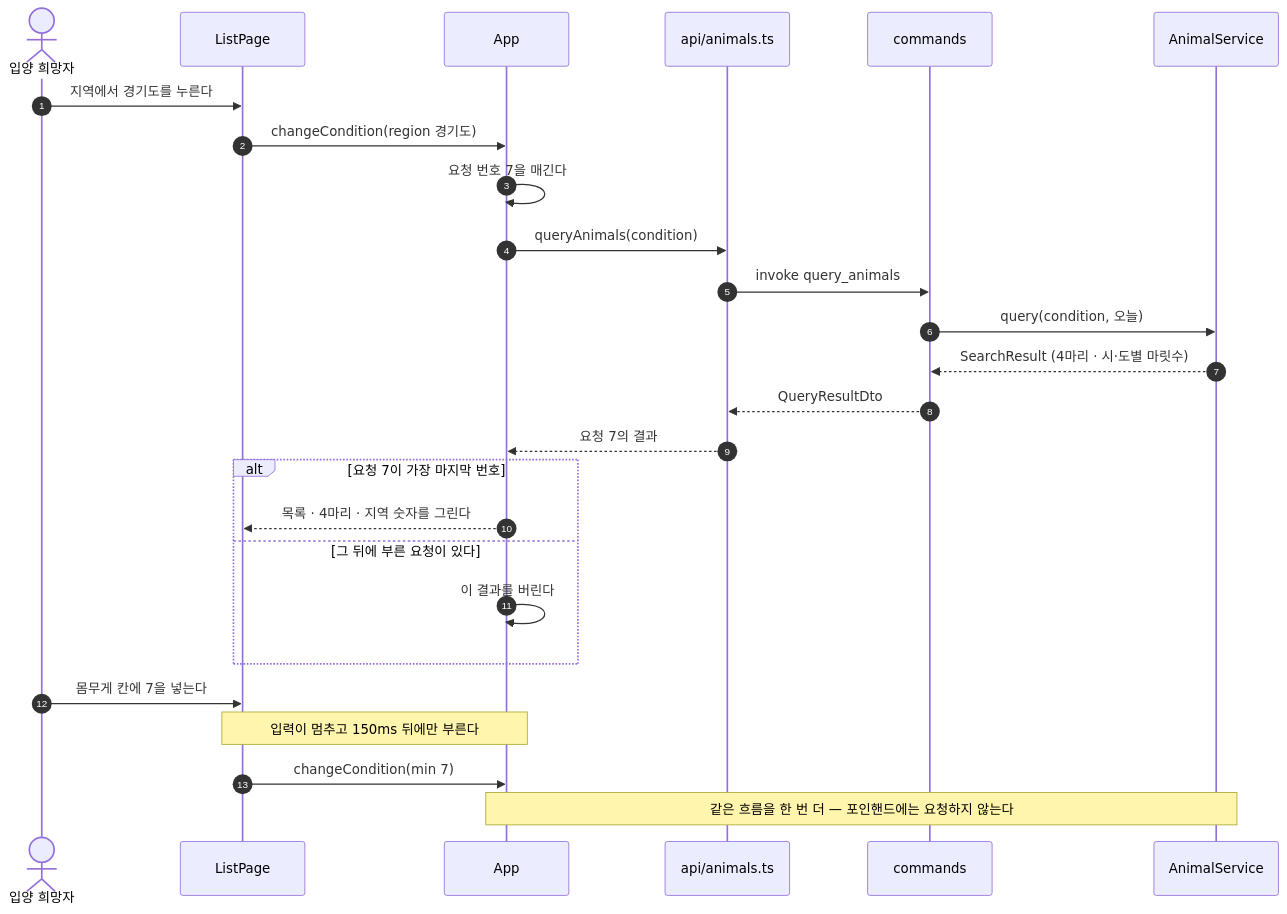
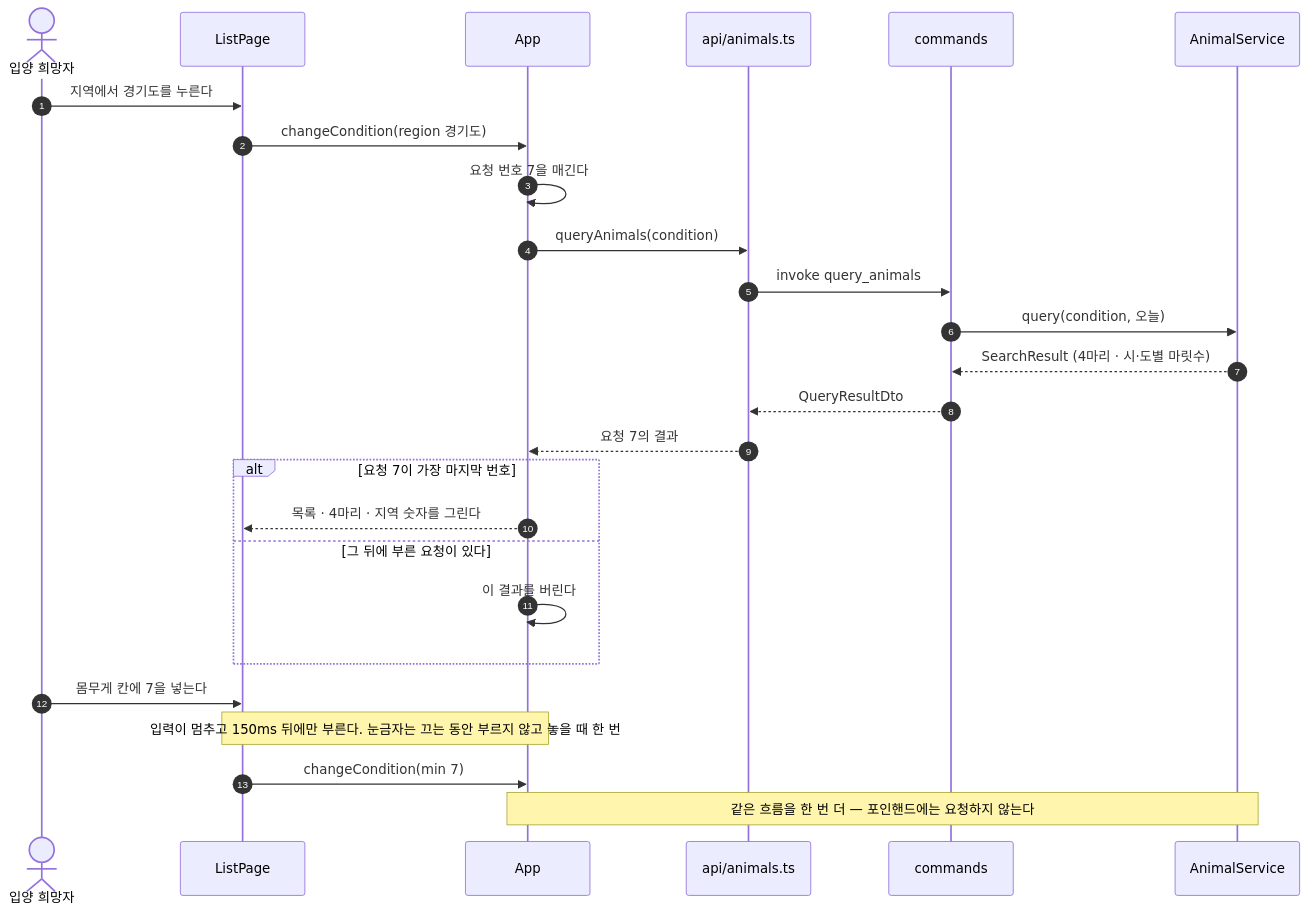
Before and after one commit to HoyoungParkme/fourinhand-crawl: the second of 5 diagrams in docs/specs/09-SEQ/PAW-SEQ-001.md, drawn with Mermaid. The commit also changed other lines of this file, not shown here.

Commit message:
코드 리뷰 반영: 받는 중에 또 부르면 새로 받지 않고 그 받기의 결과를 함께 받는다(busy 없음), 다음 쪽은 50건 겹쳐(offset 0 · 950 …), 한 마리도 없으면 bad-format으로 replace하지 않는다, 눈금자는 놓을 때 한 번 조회

````diff
--- a/docs/specs/09-SEQ/PAW-SEQ-001.md
+++ b/docs/specs/09-SEQ/PAW-SEQ-001.md
@@ -91,28 +93,28 @@
 ```mermaid
 sequenceDiagram
     autonumber
     actor U as 입양 희망자
     participant LP as ListPage
     participant APP as App
     participant API as api/animals.ts
     participant CMD as commands
     participant SVC as AnimalService
     U->>LP: 지역에서 경기도를 누른다
     LP->>APP: changeCondition(region 경기도)
     APP->>APP: 요청 번호 7을 매긴다
     APP->>API: queryAnimals(condition)
     API->>CMD: invoke query_animals
     CMD->>SVC: query(condition, 오늘)
     SVC-->>CMD: SearchResult (4마리 · 시·도별 마릿수)
     CMD-->>API: QueryResultDto
     API-->>APP: 요청 7의 결과
     alt 요청 7이 가장 마지막 번호
         APP-->>LP: 목록 · 4마리 · 지역 숫자를 그린다
     else 그 뒤에 부른 요청이 있다
         APP->>APP: 이 결과를 버린다
     end
     U->>LP: 몸무게 칸에 7을 넣는다
-    Note over LP,APP: 입력이 멈추고 150ms 뒤에만 부른다
+    Note over LP,APP: 입력이 멈추고 150ms 뒤에만 부른다. 눈금자는 끄는 동안 부르지 않고 놓을 때 한 번
     LP->>APP: changeCondition(min 7)
     Note over APP,SVC: 같은 흐름을 한 번 더 — 포인핸드에는 요청하지 않는다
 ```
````
